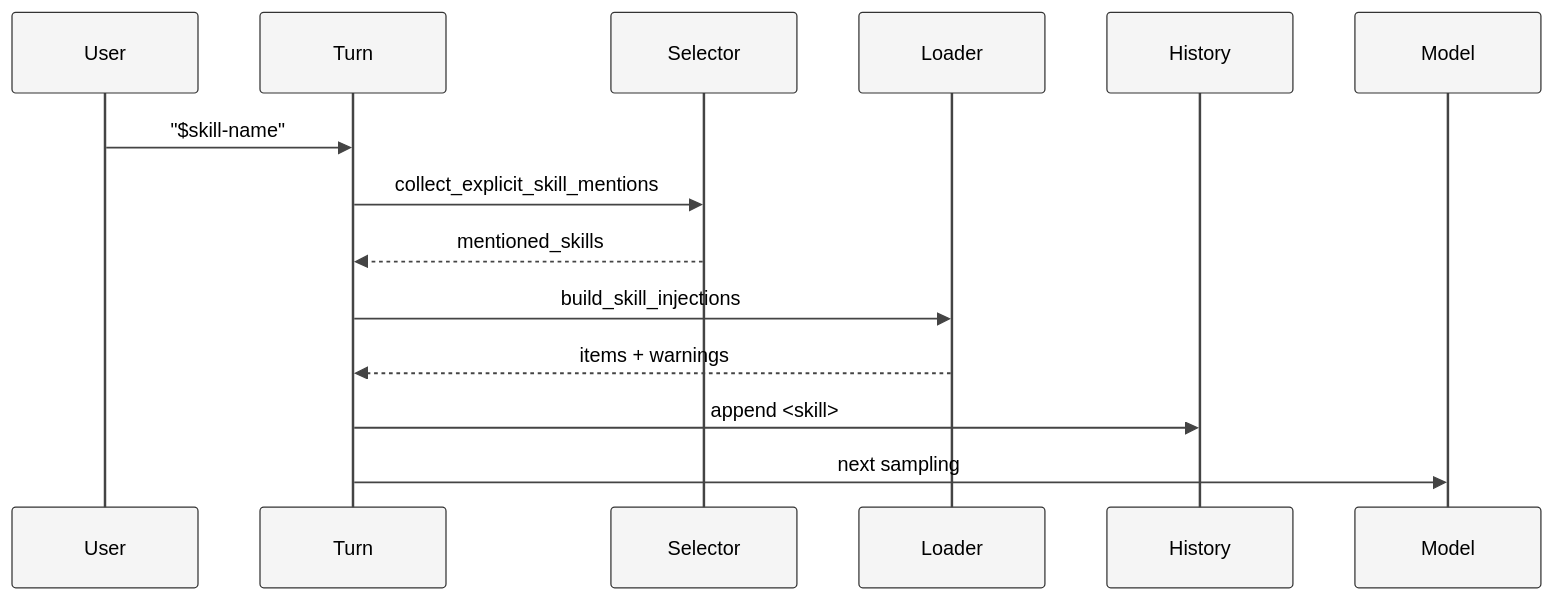
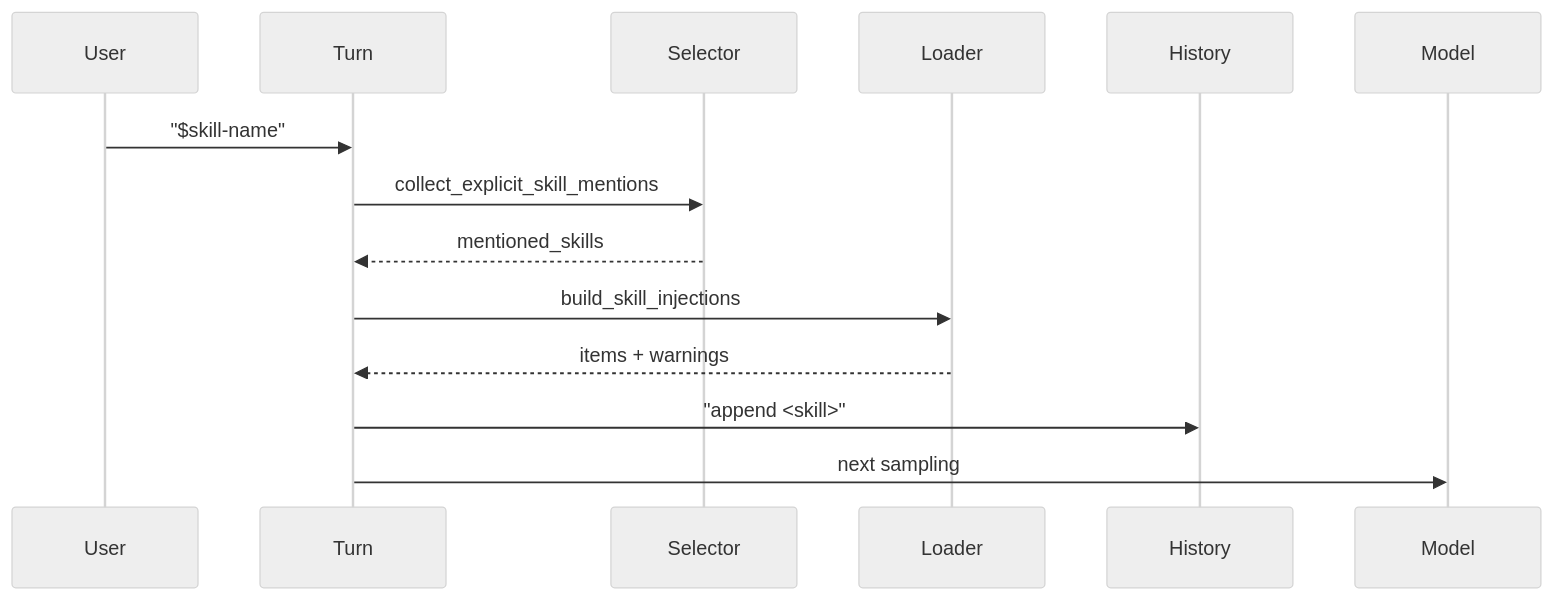
Before and after one commit to GLBB/codex-source-analysis: the fourth of 5 diagrams in Part I Principles and Usage/07-Prompt组装与Skill注入.md, drawn with Mermaid. The commit also changed other lines of this file and 29 other files, not shown here.

````diff
--- a/Part I Principles and Usage/07-Prompt组装与Skill注入.md
+++ b/Part I Principles and Usage/07-Prompt组装与Skill注入.md
@@ -543,17 +547,17 @@
 ```mermaid
-%%{init: {"theme":"neutral","themeCSS":"svg { background: #ffffff !important; } .label, .messageText, .loopText, .noteText, text { fill: #000000 !important; color: #000000 !important; }","themeVariables":{"background":"#ffffff","mainBkg":"#ffffff","primaryColor":"#f5f5f5","primaryTextColor":"#000000","primaryBorderColor":"#333333","lineColor":"#444444","textColor":"#000000","actorBkg":"#f5f5f5","actorBorder":"#333333","actorTextColor":"#000000","actorLineColor":"#444444","activationBkg":"#e8e8e8","activationBorderColor":"#333333","noteBkgColor":"#f0f0f0","noteBorderColor":"#888888","noteTextColor":"#000000","signalColor":"#444444","signalTextColor":"#000000","fontFamily":"Helvetica"}}}%%
+%%{init:{'theme':'neutral','themeVariables':{'background':'#ffffff'}}}%%
 sequenceDiagram
     participant User
     participant Turn
     participant Selector
     participant Loader
     participant History
     participant Model
     User->>Turn: "$skill-name"
     Turn->>Selector: collect_explicit_skill_mentions
     Selector-->>Turn: mentioned_skills
     Turn->>Loader: build_skill_injections
     Loader-->>Turn: items + warnings
-    Turn->>History: append <skill>
+    Turn->>History: "append <skill>"
     Turn->>Model: next sampling
 ```
````
